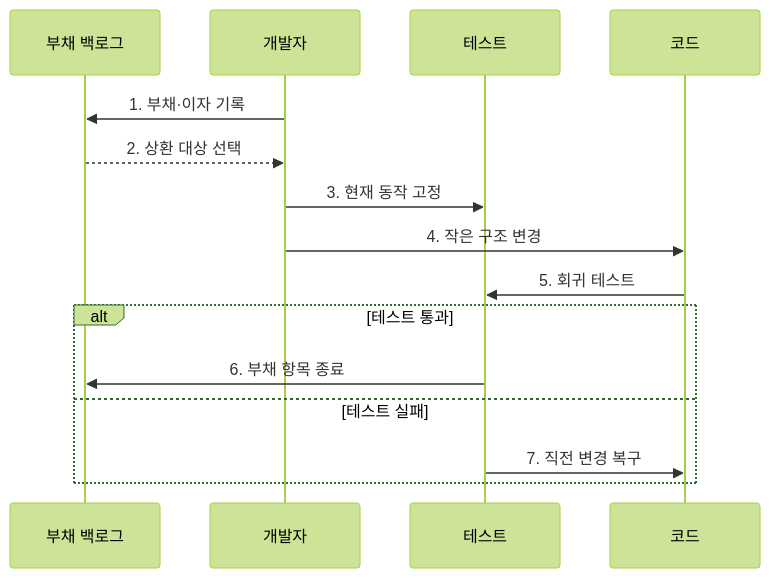
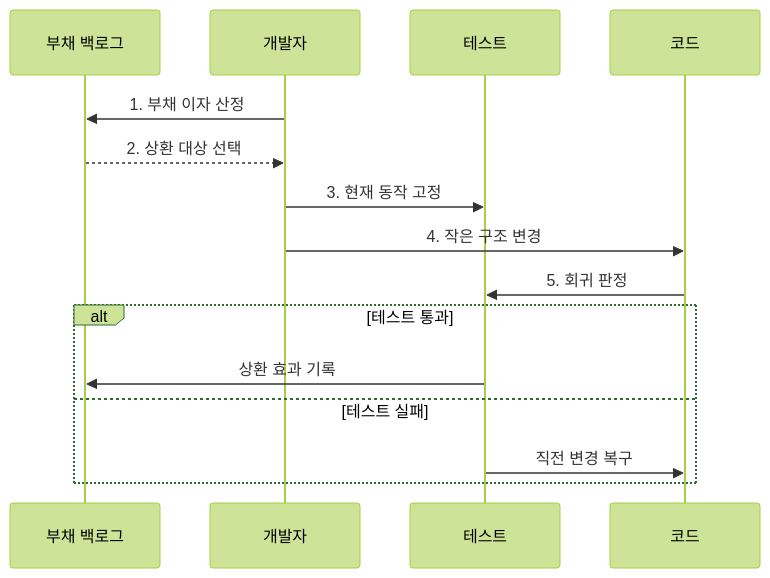
Before and after one commit to agnusdei1207/knowledge-base: the second of 2 diagrams in src/content/docs/notes/03-software/065_refactoring_technical_debt.md, drawn with Mermaid (forest theme). The commit also changed other lines of this file and 238 other files, not shown here.

````diff
--- a/src/content/docs/notes/03-software/065_refactoring_technical_debt.md
+++ b/src/content/docs/notes/03-software/065_refactoring_technical_debt.md
@@ -77,17 +77,17 @@
 ```mermaid
 sequenceDiagram
     participant B as 부채 백로그
     participant D as 개발자
     participant T as 테스트
     participant C as 코드
-    D->>B: 1. 부채·이자 기록
+    D->>B: 1. 부채 이자 산정
     B-->>D: 2. 상환 대상 선택
     D->>T: 3. 현재 동작 고정
     D->>C: 4. 작은 구조 변경
-    C->>T: 5. 회귀 테스트
+    C->>T: 5. 회귀 판정
     alt 테스트 통과
-        T->>B: 6. 부채 항목 종료
+        T->>B: 상환 효과 기록
     else 테스트 실패
-        T->>C: 7. 직전 변경 복구
+        T->>C: 직전 변경 복구
     end
 ```
````
